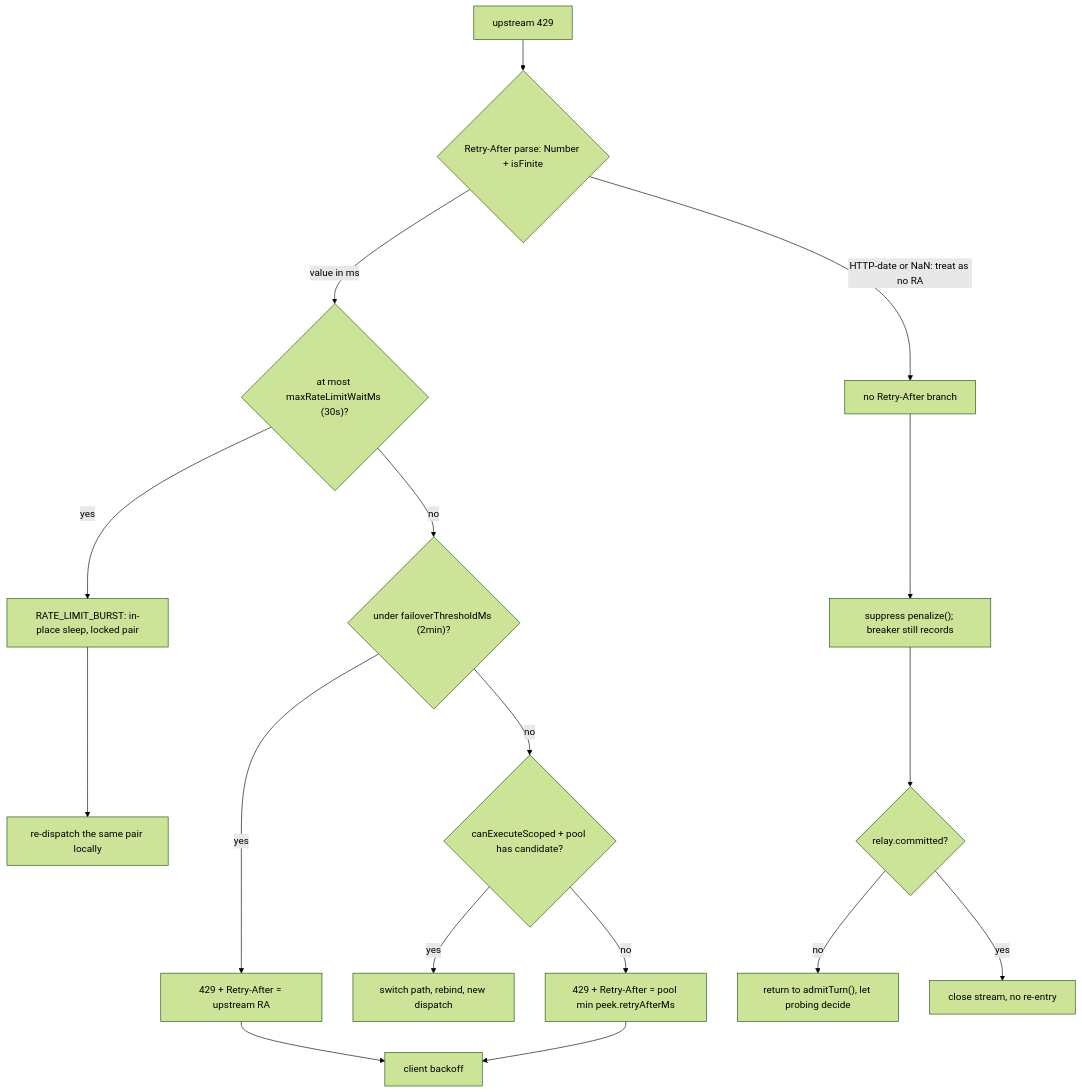
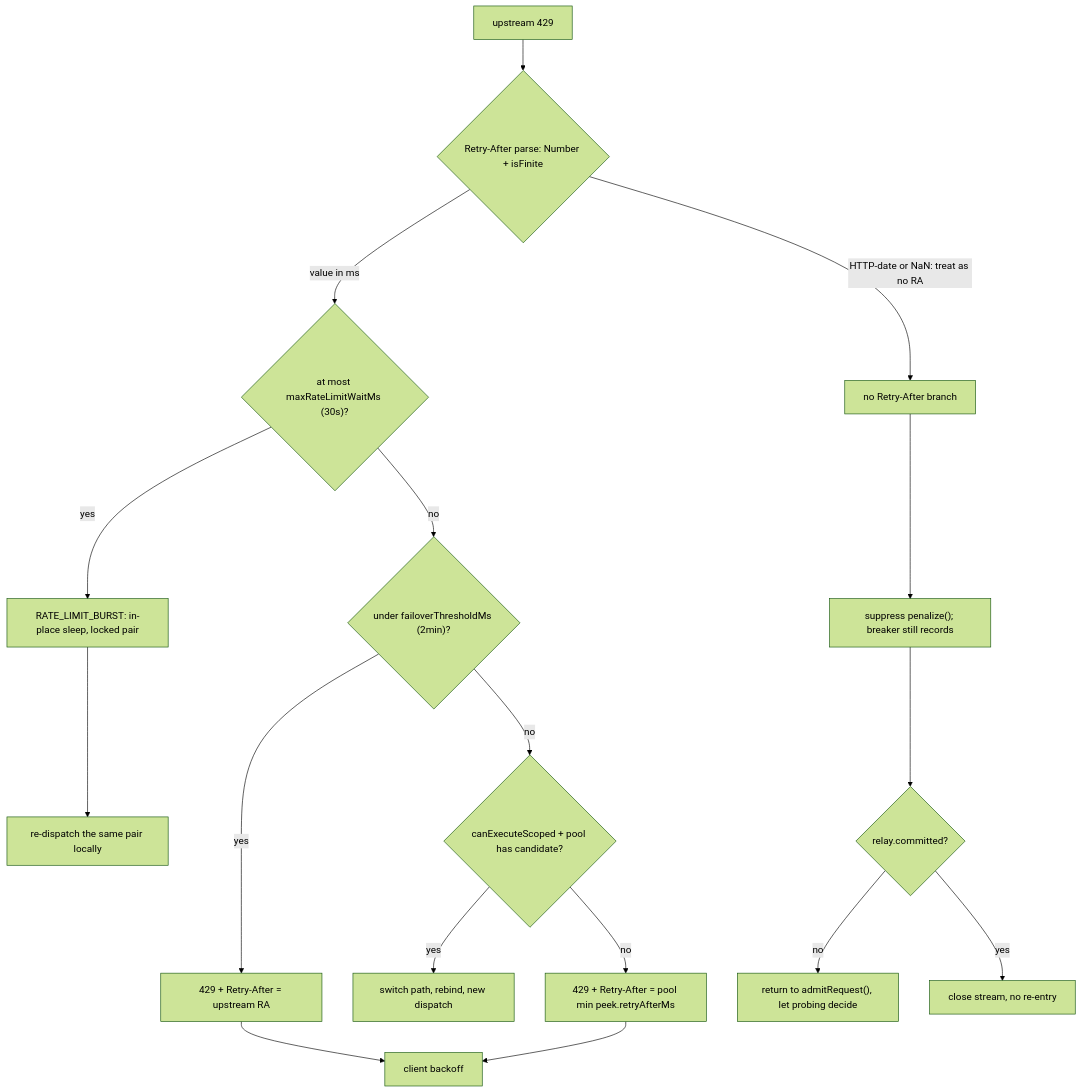
Before and after one commit to kenlin8827/omnicell-router: the second of 3 diagrams in docs/design/rate-limit-waiting-flow.md, drawn with Mermaid (forest theme). The commit also changed other lines of this file and 52 other files, not shown here.

````diff
--- a/docs/design/rate-limit-waiting-flow.md
+++ b/docs/design/rate-limit-waiting-flow.md
@@ -128,19 +128,19 @@
 ```mermaid
 flowchart TD
   S0["upstream 429"] --> S1{"Retry-After parse: Number + isFinite"}
   S1 -->|"HTTP-date or NaN: treat as no RA"| S9["no Retry-After branch"]
   S1 -->|"value in ms"| S2{"at most maxRateLimitWaitMs (30s)?"}
   S2 -->|"yes"| S3["RATE_LIMIT_BURST: in-place sleep, locked pair"]
   S3 --> S4["re-dispatch the same pair locally"]
   S2 -->|"no"| S5{"under failoverThresholdMs (2min)?"}
   S5 -->|"yes"| S6["429 + Retry-After = upstream RA"]
   S5 -->|"no"| S7{"canExecuteScoped + pool has candidate?"}
   S7 -->|"yes"| S8["switch path, rebind, new dispatch"]
   S7 -->|"no"| S10["429 + Retry-After = pool min peek.retryAfterMs"]
   S9 --> S11["suppress penalize(); breaker still records"]
   S11 --> S12{"relay.committed?"}
-  S12 -->|"no"| S13["return to admitTurn(), let probing decide"]
+  S12 -->|"no"| S13["return to admitRequest(), let probing decide"]
   S12 -->|"yes"| S14["close stream, no re-entry"]
   S6 --> S15["client backoff"]
   S10 --> S15
 ```
````
